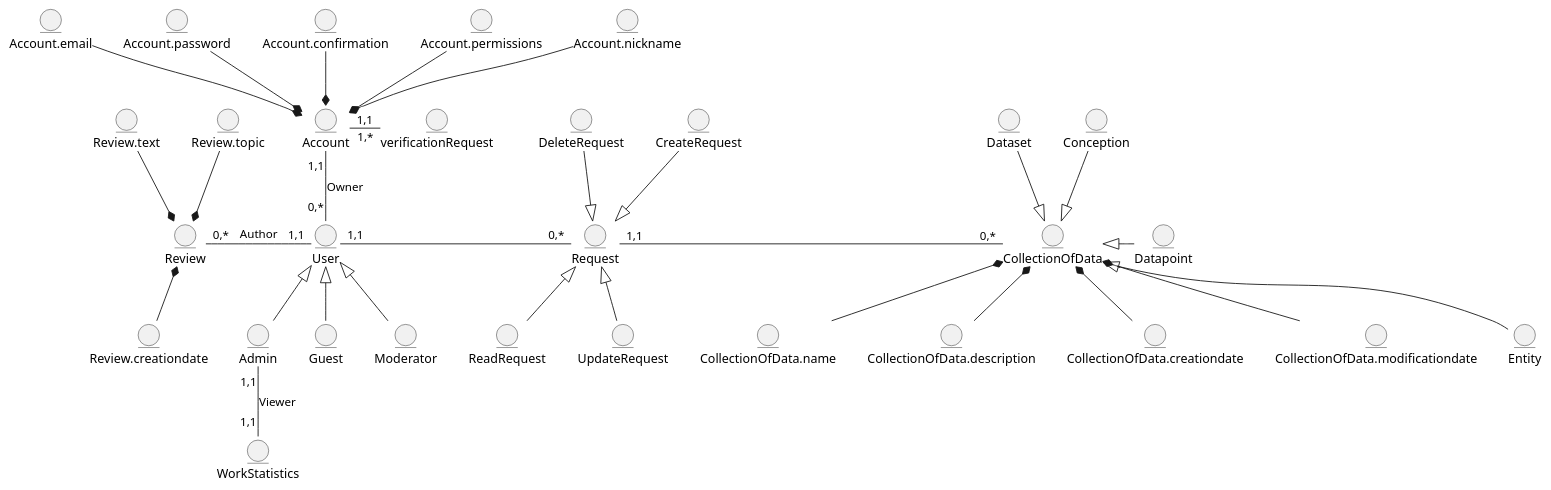
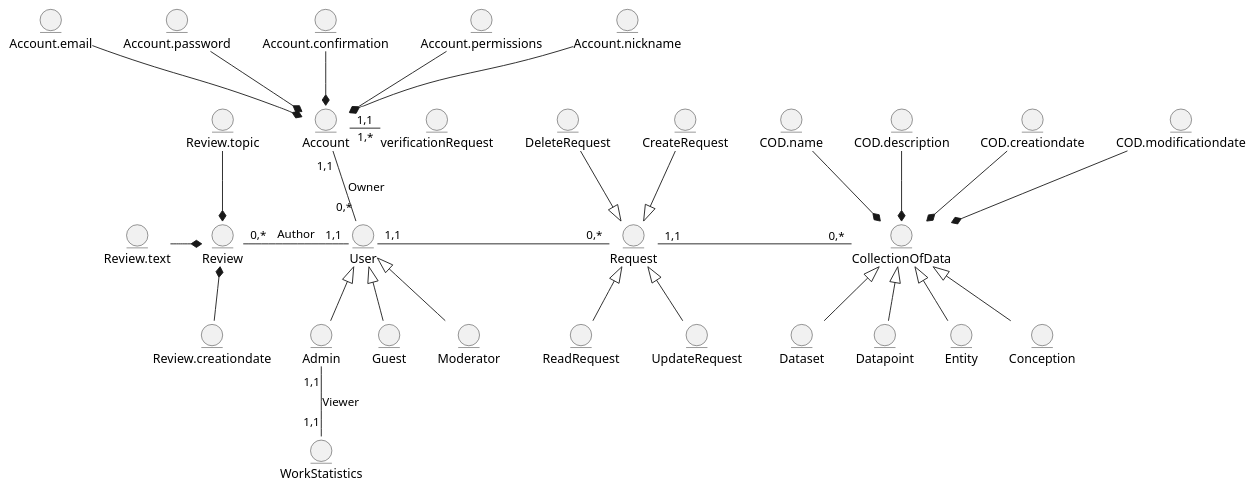
One commit to e-andrew/Industrial_Eden changed the diagram in src/uml/BE-model.puml. Above: the diagram before and after it, drawn with PlantUML.

```diff
--- a/src/uml/BE-model.puml
+++ b/src/uml/BE-model.puml
@@ -1,69 +1,69 @@
 @startuml
 
 entity Account
 entity Account.email
 entity Account.password
 entity Account.confirmation
 entity Account.permissions
 entity Account.nickname
 entity verificationRequest
  Account.email --* Account
  Account.password --* Account
  Account.confirmation --* Account
  Account.permissions --* Account
  Account.nickname --* Account
  verificationRequest "1,*" -l- "1,1" Account
 
 entity Review
 entity Review.creationdate
 entity Review.text
 entity Review.topic
  Review.creationdate -u-* Review
- Review.text --* Review
+ Review.text -r-* Review
  Review.topic -d-* Review
 
 entity User
 entity Guest
 entity Moderator
 entity Admin
 entity WorkStatistics
  Guest -u-|> User
  Moderator -u-|> User
  Admin -u-|> User
  WorkStatistics "1,1" -u- "1,1" Admin : Viewer
 
 entity CollectionOfData
-entity CollectionOfData.name
-entity CollectionOfData.description
-entity CollectionOfData.creationdate
-entity CollectionOfData.modificationdate
+entity COD.name
+entity COD.description
+entity COD.creationdate
+entity COD.modificationdate
 entity Dataset
 entity Datapoint
 entity Entity
 entity Conception
  
- Dataset  --|> CollectionOfData
- Datapoint  -l-|> CollectionOfData
+ Dataset  -u-|> CollectionOfData
+ Datapoint  -u-|> CollectionOfData
  Entity  -u-|> CollectionOfData
- Conception  -d-|> CollectionOfData
- CollectionOfData.name -u-* CollectionOfData
- CollectionOfData.description -u-* CollectionOfData
- CollectionOfData.creationdate -u-* CollectionOfData
- CollectionOfData.modificationdate -u-* CollectionOfData
+ Conception  -u-|> CollectionOfData
+ COD.name -d-* CollectionOfData
+ COD.description -d-* CollectionOfData
+ COD.creationdate -d-* CollectionOfData
+ COD.modificationdate -d-* CollectionOfData
 
 entity Request
 entity DeleteRequest
 entity CreateRequest
 entity ReadRequest
 entity UpdateRequest
  DeleteRequest --|> Request
  CreateRequest --|> Request
  ReadRequest -u-|> Request
  UpdateRequest -u-|> Request
 
  User "0,*" -u- "1,1" Account : Owner
  User "1,1" -r- "0,*" Request
  Request "1,1" -r- "0,*" CollectionOfData
  User "1,1" -l- "0,*" Review : Author
 
 @enduml
```
